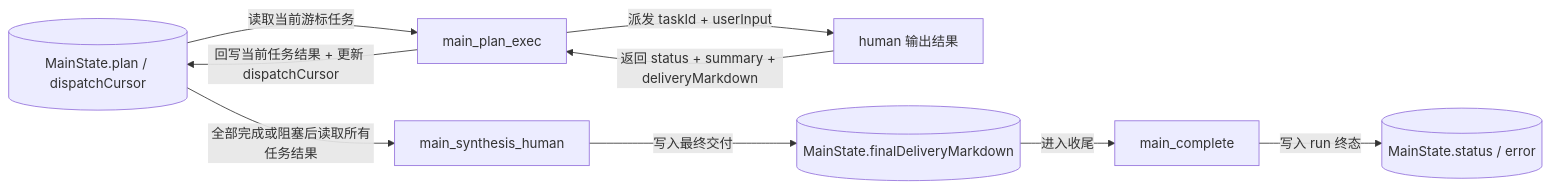
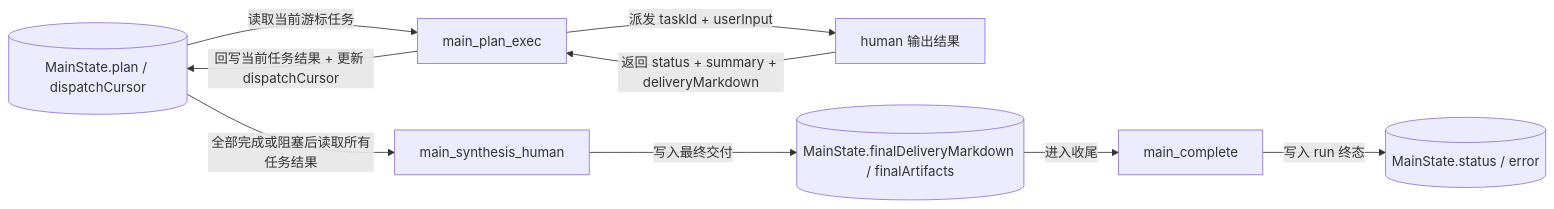
Before and after one commit to Yoan98/Ncurator: the second of 6 diagrams in doc/ai-design/data-definition-and-flow.md, drawn with Mermaid. The commit also changed other lines of this file and 31 other files, not shown here.

````diff
--- a/doc/ai-design/data-definition-and-flow.md
+++ b/doc/ai-design/data-definition-and-flow.md
@@ -369,19 +401,19 @@
 ```mermaid
 flowchart LR
     S3[("MainState.plan / dispatchCursor")]
     ME["main_plan_exec"]
     H["human 输出结果"]
     MS["main_synthesis_human"]
-    S4[("MainState.finalDeliveryMarkdown")]
+    S4[("MainState.finalDeliveryMarkdown / finalArtifacts")]
     MX["main_complete"]
     S5[("MainState.status / error")]
 
     S3 -->|读取当前游标任务| ME
     ME -->|派发 taskId + userInput| H
     H -->|返回 status + summary + deliveryMarkdown| ME
     ME -->|回写当前任务结果 + 更新 dispatchCursor| S3
     S3 -->|全部完成或阻塞后读取所有任务结果| MS
     MS -->|写入最终交付| S4
     S4 -->|进入收尾| MX
     MX -->|写入 run 终态| S5
 ```
````
